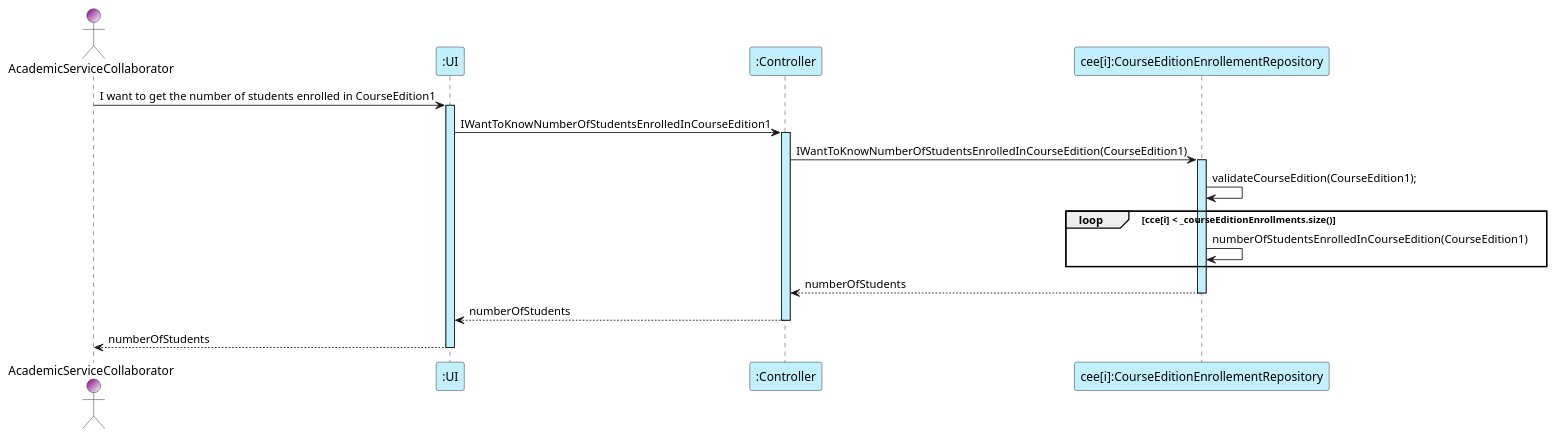
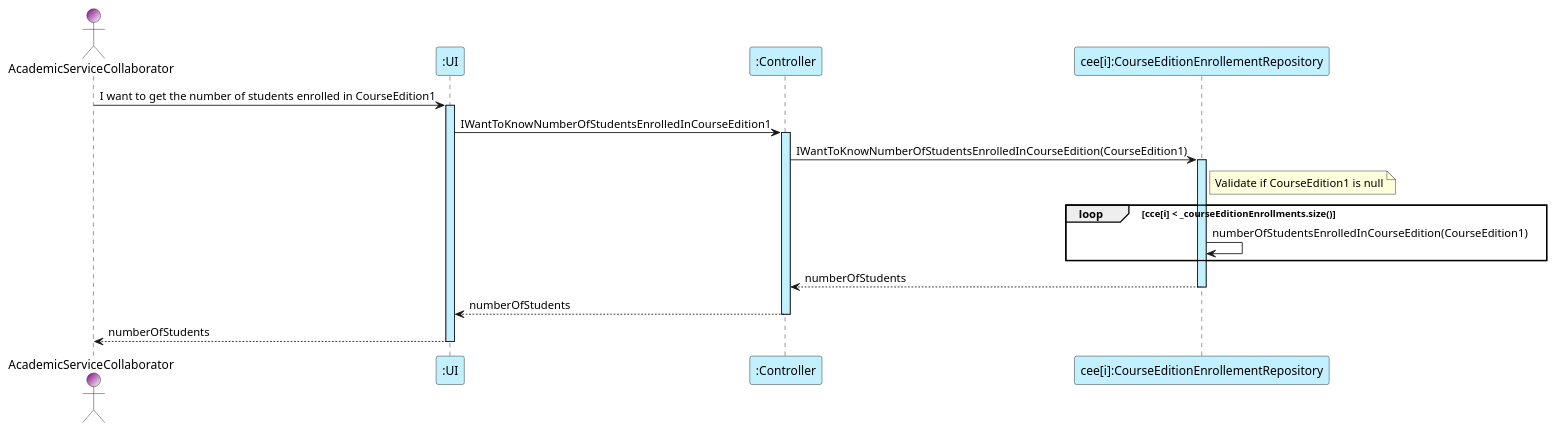
Before and after one commit to GasparISEP/DevOps-PAI: the diagram in docs/sequenceDiagrams/US24/US24_IWantToKnowNumberOfStudentsEnrolledInCourseEdition.puml, drawn with PlantUML. The commit also changed 5 other files, not shown here.

First line of the commit message:
Fixed sequence diagram, proper naming, added ssd and correction of tests

```diff
--- a/docs/sequenceDiagrams/US24/US24_IWantToKnowNumberOfStudentsEnrolledInCourseEdition.puml
+++ b/docs/sequenceDiagrams/US24/US24_IWantToKnowNumberOfStudentsEnrolledInCourseEdition.puml
@@ -1,29 +1,29 @@
 @startuml
 'https://plantuml.com/sequence-diagram
 
 actor AcademicServiceCollaborator as ASC #Purple/White
 participant ":UI" as UI #application
 participant ":Controller" as C #application
 participant "cee[i]:CourseEditionEnrollementRepository" as CEER #application
 
 ASC -> UI : I want to get the number of students enrolled in CourseEdition1
 activate UI #application
 UI -> C  : IWantToKnowNumberOfStudentsEnrolledInCourseEdition1
 activate C #application
 C -> CEER : IWantToKnowNumberOfStudentsEnrolledInCourseEdition(CourseEdition1)
 activate CEER #application
 
-CEER -> CEER : validateCourseEdition(CourseEdition1);
+note right of CEER : Validate if CourseEdition1 is null
 
 loop cce[i] < _courseEditionEnrollments.size()
     CEER -> CEER : numberOfStudentsEnrolledInCourseEdition(CourseEdition1)
 end loop
 
 C <-- CEER : numberOfStudents
 deactivate CEER #application
 UI <-- C : numberOfStudents
 deactivate C #application
 ASC <-- UI : numberOfStudents
 deactivate UI #application
 
 @enduml
```
